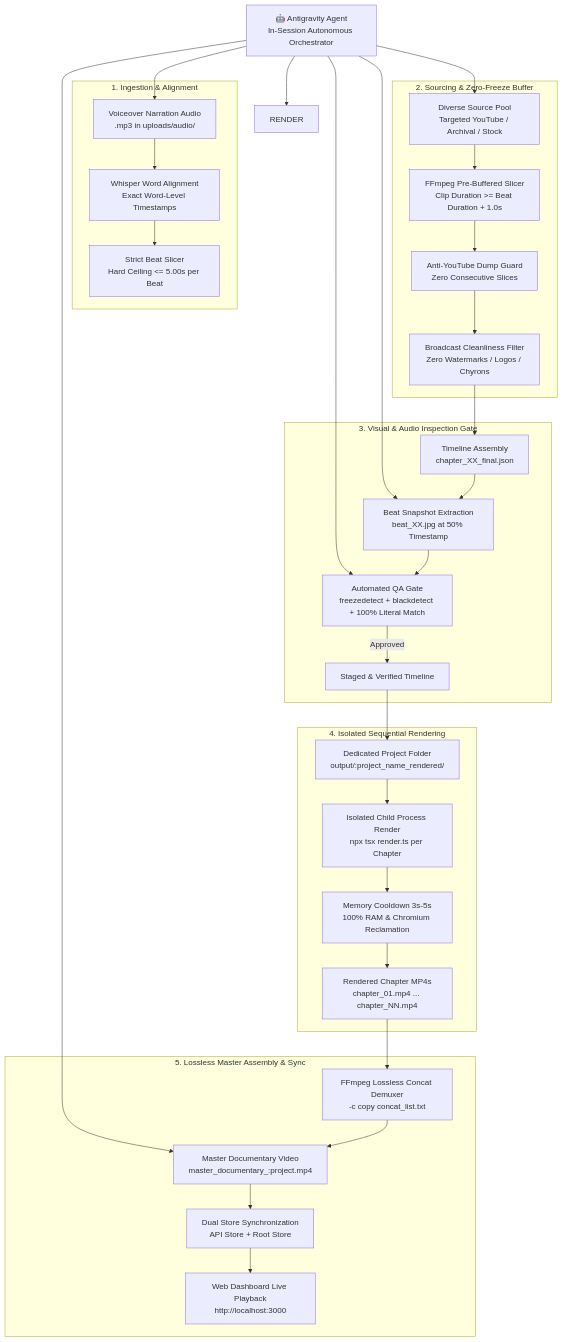
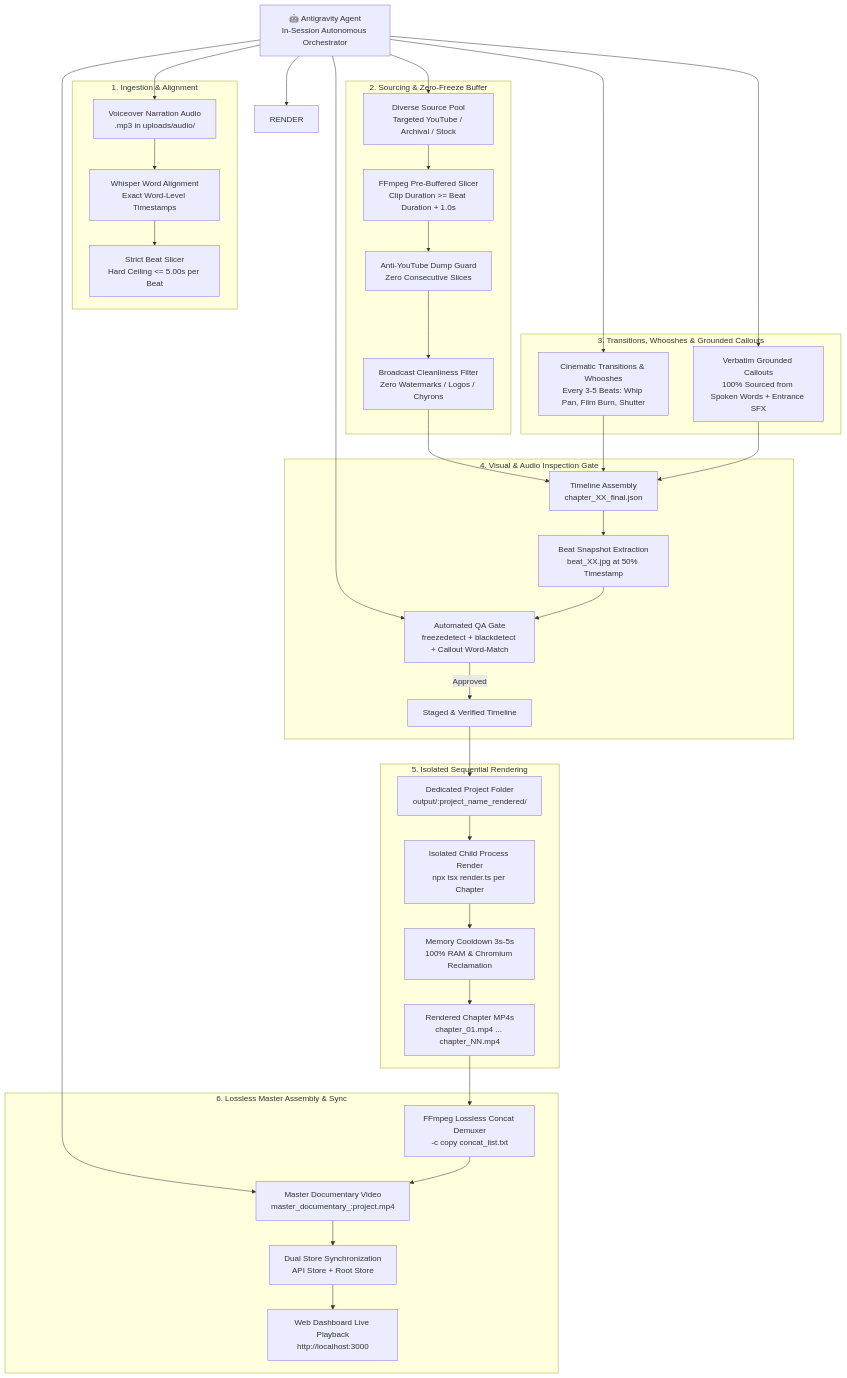
The diagram in docs/ANTIGRAVITY_AUTOMATION_GUIDE.md (Karthik73965/BlokeTuber), drawn with Mermaid before and after one commit. The commit also changed other lines of this file and 7 other files, not shown here.

Commit message:
feat(transitions-sfx): add whooshes, cinematic transitions, callout audio accents, and verbatim callout grounding

````diff
--- a/docs/ANTIGRAVITY_AUTOMATION_GUIDE.md
+++ b/docs/ANTIGRAVITY_AUTOMATION_GUIDE.md
@@ -28,41 +28,49 @@
 ```mermaid
 flowchart TD
     AGENT[🤖 Antigravity Agent\nIn-Session Autonomous Orchestrator] --> AUDIO
     AGENT --> SOURCING
-    AGENT --> SNAPSHOTS
+    AGENT --> TRANSITIONS
+    AGENT --> CALLOUTS
     AGENT --> QA_AUDIT
     AGENT --> RENDER
     AGENT --> MASTER
 
     subgraph INGESTION["1. Ingestion & Alignment"]
         AUDIO[Voiceover Narration Audio\n.mp3 in uploads/audio/] --> WHISPER[Whisper Word Alignment\nExact Word-Level Timestamps]
         WHISPER --> BEAT_SPLIT[Strict Beat Slicer\nHard Ceiling <= 5.00s per Beat]
     end
 
     subgraph CURATION["2. Sourcing & Zero-Freeze Buffer"]
         SOURCING[Diverse Source Pool\nTargeted YouTube / Archival / Stock] --> SLICE[FFmpeg Pre-Buffered Slicer\nClip Duration >= Beat Duration + 1.0s]
         SLICE --> DIVERSITY[Anti-YouTube Dump Guard\nZero Consecutive Slices]
         DIVERSITY --> CLEANLINESS[Broadcast Cleanliness Filter\nZero Watermarks / Logos / Chyrons]
     end
 
-    subgraph VERIFICATION["3. Visual & Audio Inspection Gate"]
+    subgraph AUDIO_VISUAL_DESIGN["3. Transitions, Whooshes & Grounded Callouts"]
+        TRANSITIONS[Cinematic Transitions & Whooshes\nEvery 3-5 Beats: Whip Pan, Film Burn, Shutter]
+        CALLOUTS[Verbatim Grounded Callouts\n100% Sourced from Spoken Words + Entrance SFX]
+    end
+
+    subgraph VERIFICATION["4. Visual & Audio Inspection Gate"]
         CLEANLINESS --> TIMELINE[Timeline Assembly\nchapter_XX_final.json]
+        TRANSITIONS --> TIMELINE
+        CALLOUTS --> TIMELINE
         TIMELINE --> SNAPSHOTS[Beat Snapshot Extraction\nbeat_XX.jpg at 50% Timestamp]
-        SNAPSHOTS --> QA_AUDIT[Automated QA Gate\nfreezedetect + blackdetect + 100% Literal Match]
+        SNAPSHOTS --> QA_AUDIT[Automated QA Gate\nfreezedetect + blackdetect + Callout Word-Match]
         QA_AUDIT -->|Approved| STAGE[Staged & Verified Timeline]
     end
 
-    subgraph SEQUENTIAL_RENDER["4. Isolated Sequential Rendering"]
+    subgraph SEQUENTIAL_RENDER["5. Isolated Sequential Rendering"]
         STAGE --> DEDICATED[Dedicated Project Folder\noutput/:project_name_rendered/]
         DEDICATED --> ISOLATED[Isolated Child Process Render\nnpx tsx render.ts per Chapter]
         ISOLATED --> COOLDOWN[Memory Cooldown 3s-5s\n100% RAM & Chromium Reclamation]
         COOLDOWN --> MP4S[Rendered Chapter MP4s\nchapter_01.mp4 ... chapter_NN.mp4]
     end
 
-    subgraph ASSEMBLY["5. Lossless Master Assembly & Sync"]
+    subgraph ASSEMBLY["6. Lossless Master Assembly & Sync"]
         MP4S --> CONCAT[FFmpeg Lossless Concat Demuxer\n-c copy concat_list.txt]
         CONCAT --> MASTER[Master Documentary Video\nmaster_documentary_:project.mp4]
         MASTER --> STORE[Dual Store Synchronization\nAPI Store + Root Store]
         STORE --> UI[Web Dashboard Live Playback\nhttp://localhost:3000]
     end
 ```
````
